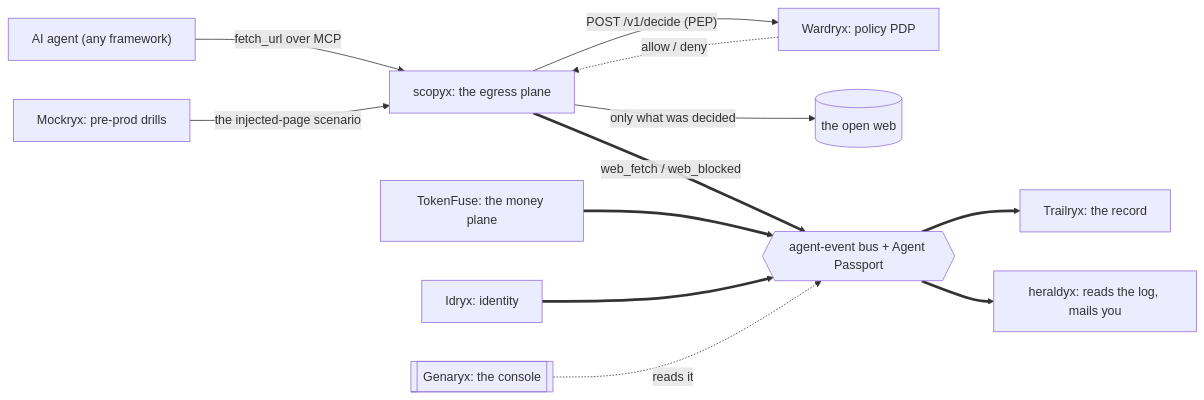
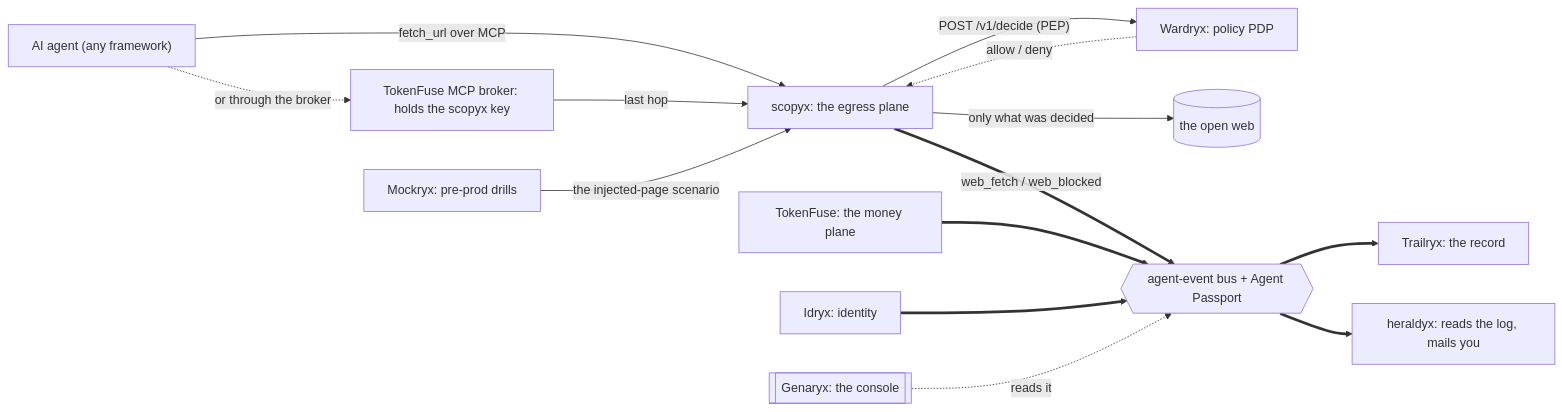
The diagram in README.md (TAIPANBOX/scopyx), drawn with Mermaid before and after one commit. The commit also changed other lines of this file, not shown here.

Commit message:
docs(readme): the stack diagram shows the optional broker route; the test-count comment names today's count (#73)
The "Where this fits in the stack" diagram drew only the direct route from
the agent to scopyx. Since 1.2.0 a call can also reach scopyx through the
TokenFuse MCP broker, which holds the key and passes it on the last hop
(the "Behind the TokenFuse MCP broker" section already says so), so the
diagram gets that route as a dotted edge.

The comment recording how the tests figure is measured said 213 on
2026-10-05; the same command prints 234 today, which is what the badge
states.

````diff
--- a/README.md
+++ b/README.md
@@ -59,14 +59,16 @@
 ```mermaid
 flowchart LR
   Agent["AI agent (any framework)"] -->|"fetch_url over MCP"| SX["scopyx: the egress plane"]
+  Agent -.->|"or through the broker"| BRK["TokenFuse MCP broker: holds the scopyx key"]
+  BRK -->|"last hop"| SX
   SX -->|"POST /v1/decide (PEP)"| WX["Wardryx: policy PDP"]
   WX -.->|"allow / deny"| SX
   SX -->|"only what was decided"| WEB[("the open web")]
   SX ==>|"web_fetch / web_blocked"| BUS{{"agent-event bus + Agent Passport"}}
   TF["TokenFuse: the money plane"] ==> BUS
   IDX["Idryx: identity"] ==> BUS
   BUS ==> TX["Trailryx: the record"]
   BUS ==> HX["heraldyx: reads the log, mails you"]
   GX[["Genaryx: the console"]] -.->|"reads it"| BUS
   MX["Mockryx: pre-prod drills"] -->|"the injected-page scenario"| SX
 ```
````
